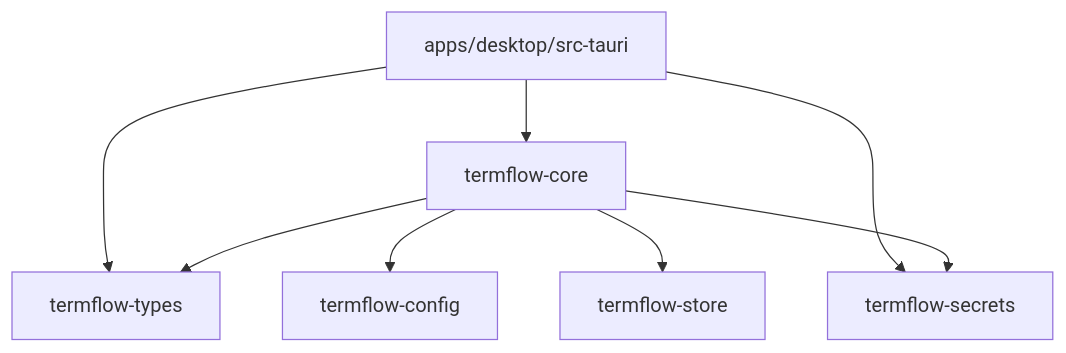
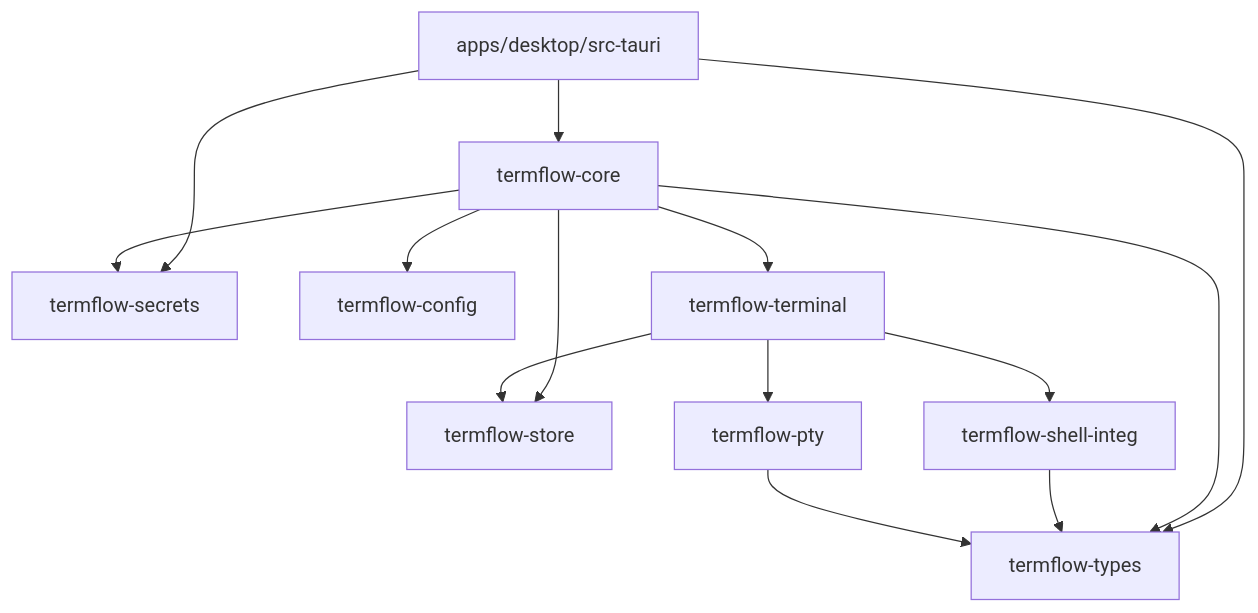
The third of 6 diagrams in docs/ARCHITECTURE.md (lgiucleab/termflow), drawn with Mermaid before and after one commit. The commit also changed other lines of this file and 5 other files, not shown here.

Commit message:
docs(m1): architecture, manual checklist, changelog, as-built spec

````diff
--- a/docs/ARCHITECTURE.md
+++ b/docs/ARCHITECTURE.md
@@ -27,10 +47,16 @@
 ```mermaid
 flowchart TD
   desktop["apps/desktop/src-tauri"] --> core
   desktop --> types
   desktop --> secrets
   core["termflow-core"] --> types["termflow-types"]
   core --> config["termflow-config"]
   core --> store["termflow-store"]
   core --> secrets["termflow-secrets"]
+  core --> terminal["termflow-terminal"]
+  terminal --> pty["termflow-pty"]
+  terminal --> integ["termflow-shell-integ"]
+  terminal --> store
+  integ --> types
+  pty --> types
 ```
````
